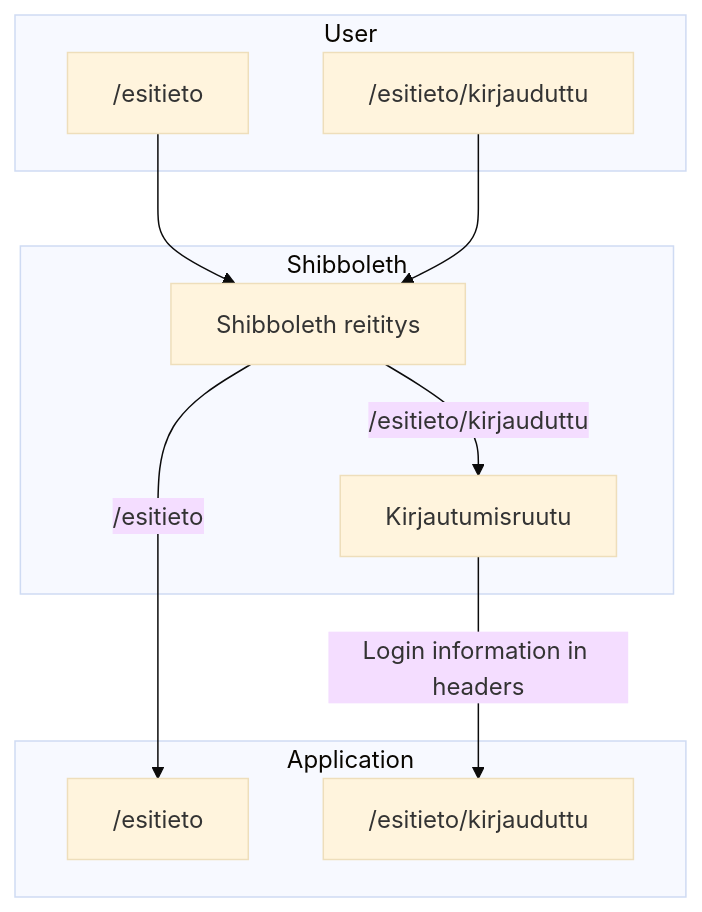
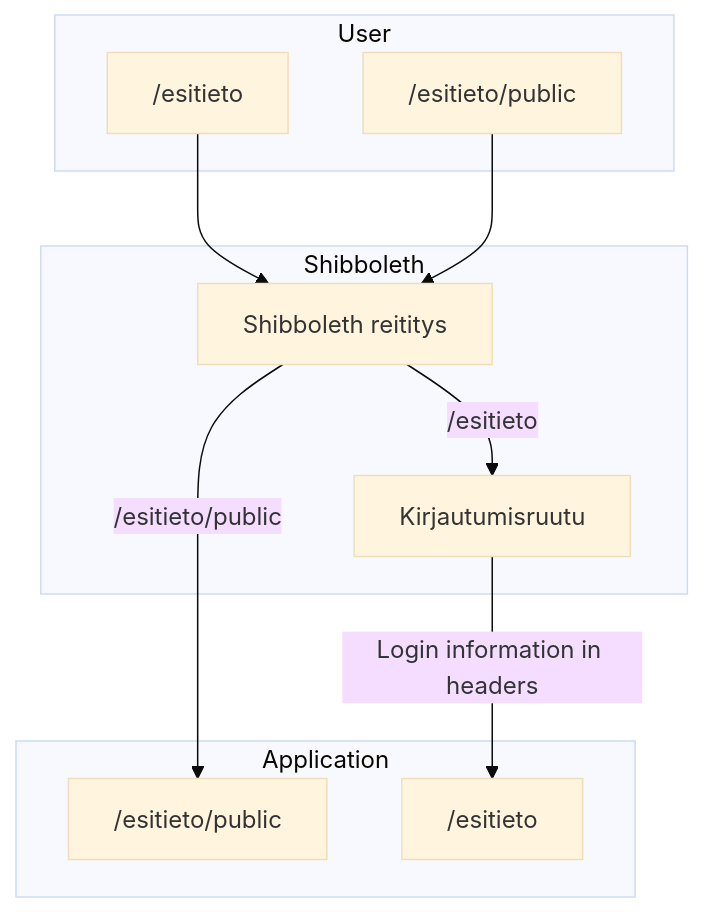
One commit to UniversityOfHelsinkiCS/esitieto changed the diagram in documentation/developer/shibboleth.md. Above: the diagram before and after it, drawn with Mermaid (base theme). The commit also changed other lines of this file and 1 other file, not shown here.

````diff
--- a/documentation/developer/shibboleth.md
+++ b/documentation/developer/shibboleth.md
@@ -5,16 +5,16 @@
 ```mermaid
 flowchart TD
     subgraph User
     A["/esitieto"]
-    B["/esitieto/kirjauduttu"]
+    B["/esitieto/public"]
     end
     subgraph Shibboleth
     A --> C[Shibboleth reititys]
     B --> C
-    C --"/esitieto/kirjauduttu"--> E["Kirjautumisruutu"]
+    C --"/esitieto"--> E["Kirjautumisruutu"]
     end
     subgraph Application
-    C --"/esitieto"--> D["/esitieto"]
-    E --"Login information in headers"--> F["/esitieto/kirjauduttu"]
+    C --"/esitieto/public"--> D["/esitieto/public"]
+    E --"Login information in headers"--> F["/esitieto"]
     end
 ```
````
